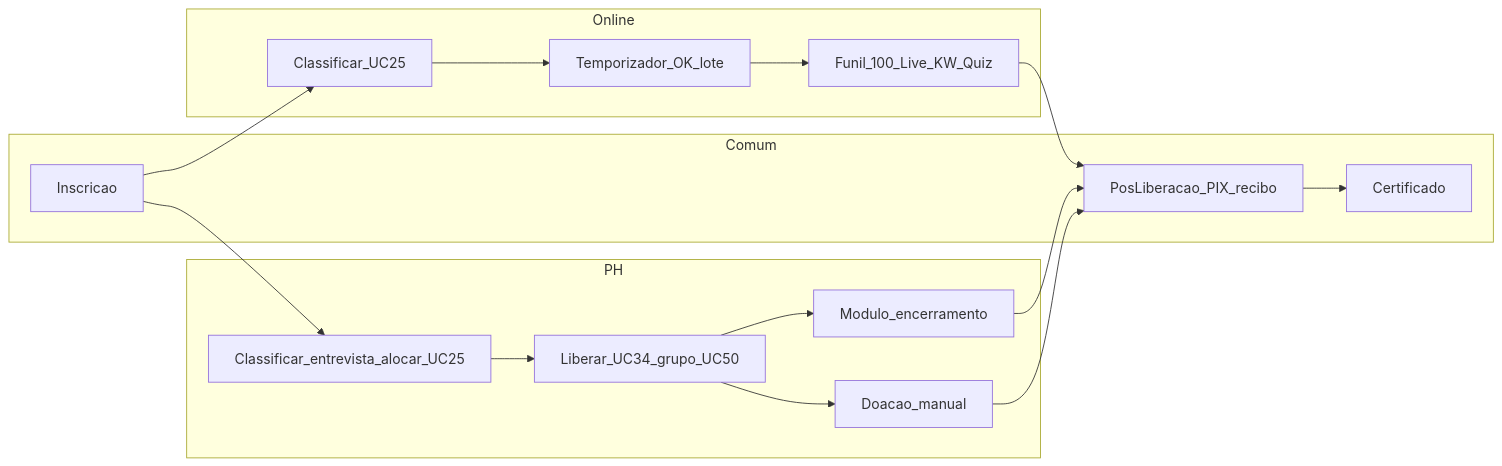
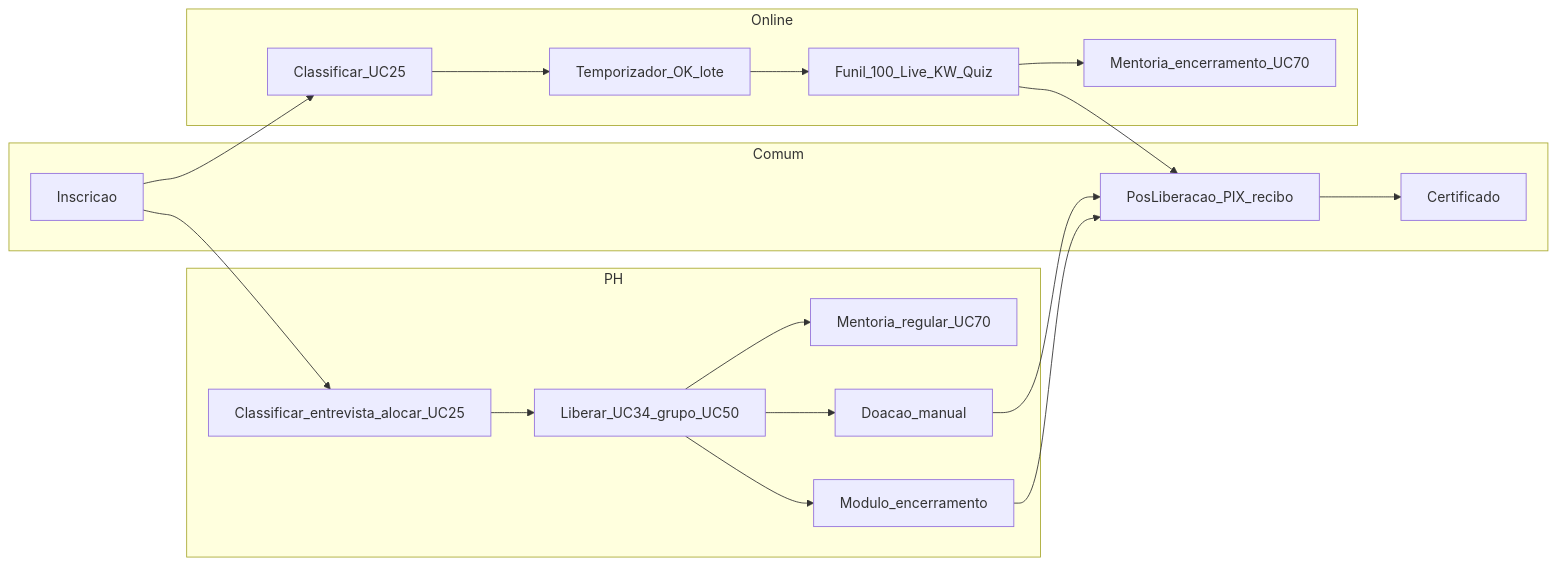
Before and after one commit to luciorogeriosp/cm_documentacao: the diagram in docs/jornadas/README.md, drawn with Mermaid. The commit also changed other lines of this file and 104 other files, not shown here.

````diff
--- a/docs/jornadas/README.md
+++ b/docs/jornadas/README.md
@@ -25,27 +26,31 @@
 ```mermaid
 flowchart LR
   subgraph comum [Comum]
     Inscricao[Inscricao]
     PosDoacao[PosLiberacao_PIX_recibo]
     Cert[Certificado]
   end
   subgraph online [Online]
     SelOn[Classificar_UC25]
     LoopOn[Temporizador_OK_lote]
     Funil[Funil_100_Live_KW_Quiz]
+    MentOn[Mentoria_encerramento_UC70]
   end
   subgraph ph [PH]
     SelPH[Classificar_entrevista_alocar_UC25]
     LoopPH[Liberar_UC34_grupo_UC50]
+    MentPH[Mentoria_regular_UC70]
     EncPH[Modulo_encerramento]
     DoaPH[Doacao_manual]
   end
   Inscricao --> SelOn
   Inscricao --> SelPH
   SelOn --> LoopOn --> Funil --> PosDoacao
+  Funil --> MentOn
   SelPH --> LoopPH --> EncPH
+  LoopPH --> MentPH
   LoopPH --> DoaPH
   EncPH --> PosDoacao
   DoaPH --> PosDoacao
   PosDoacao --> Cert
 ```
````
